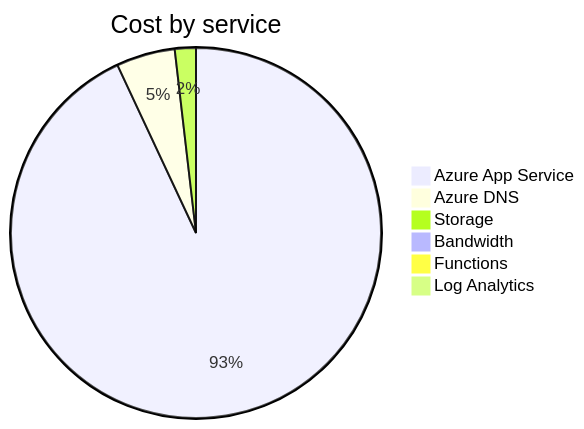
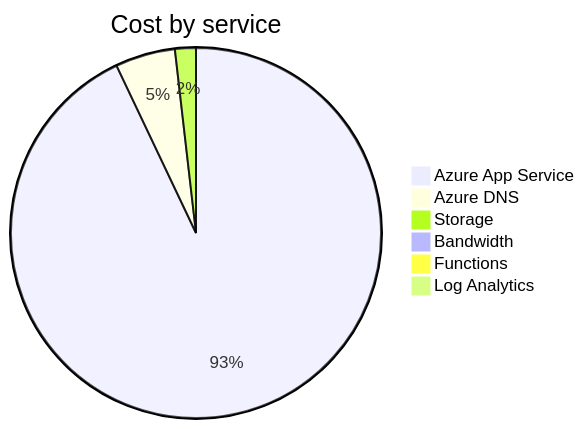
The second of 4 diagrams in cost-reports/accumulated-cost.md (jpfulton/azure-personal-reports), drawn with Mermaid before and after one commit. The commit also changed other lines of this file and 4 other files, not shown here.

````diff
--- a/cost-reports/accumulated-cost.md
+++ b/cost-reports/accumulated-cost.md
@@ -100,10 +100,10 @@
 ```mermaid
 pie
    title Cost by service
-   "Azure App Service" : 7.08
-   "Azure DNS" : 0.39
-   "Storage" : 0.14
+   "Azure App Service" : 7.64
+   "Azure DNS" : 0.43
+   "Storage" : 0.15
    "Bandwidth" : 0.00
    "Functions" : 0.00
    "Log Analytics" : 0.00
 ```
````
